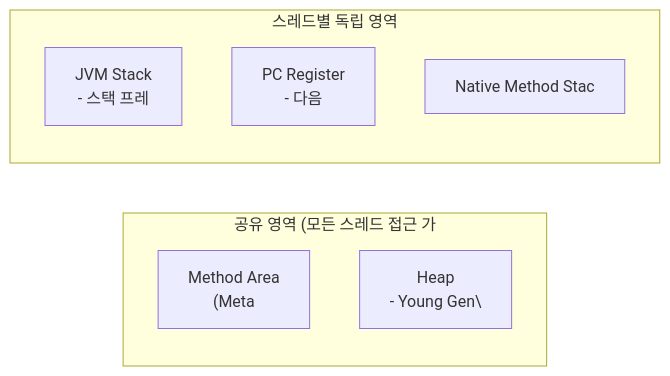
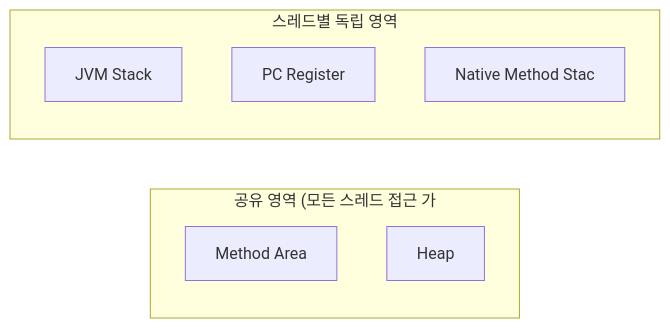
The third of 7 diagrams in _posts/java/2026-05-02-jvm-architecture.md (yjkim2015/yjkim2015.github.io), drawn with Mermaid before and after one commit. The commit also changed other lines of this file and 217 other files, not shown here.

First line of the commit message:
Mermaid 크기 수정: useMaxWidth:true + SVG max-width:100% + 라벨 축소

````diff
--- a/_posts/java/2026-05-02-jvm-architecture.md
+++ b/_posts/java/2026-05-02-jvm-architecture.md
@@ -266,12 +266,12 @@
 ```mermaid
 flowchart LR
     subgraph SHARED["공유 영역 (모든 스레드 접근 가"]
-        MA["Method Area\n(Meta"]
-        HP["Heap\n- Young Gen\"]
+        MA["Method Area"]
+        HP["Heap"]
     end
     subgraph THREAD["스레드별 독립 영역"]
-        ST["JVM Stack\n- 스택 프레"]
-        PC["PC Register\n- 다음"]
+        ST["JVM Stack"]
+        PC["PC Register"]
         NS["Native Method Stac"]
     end
 ```
````
